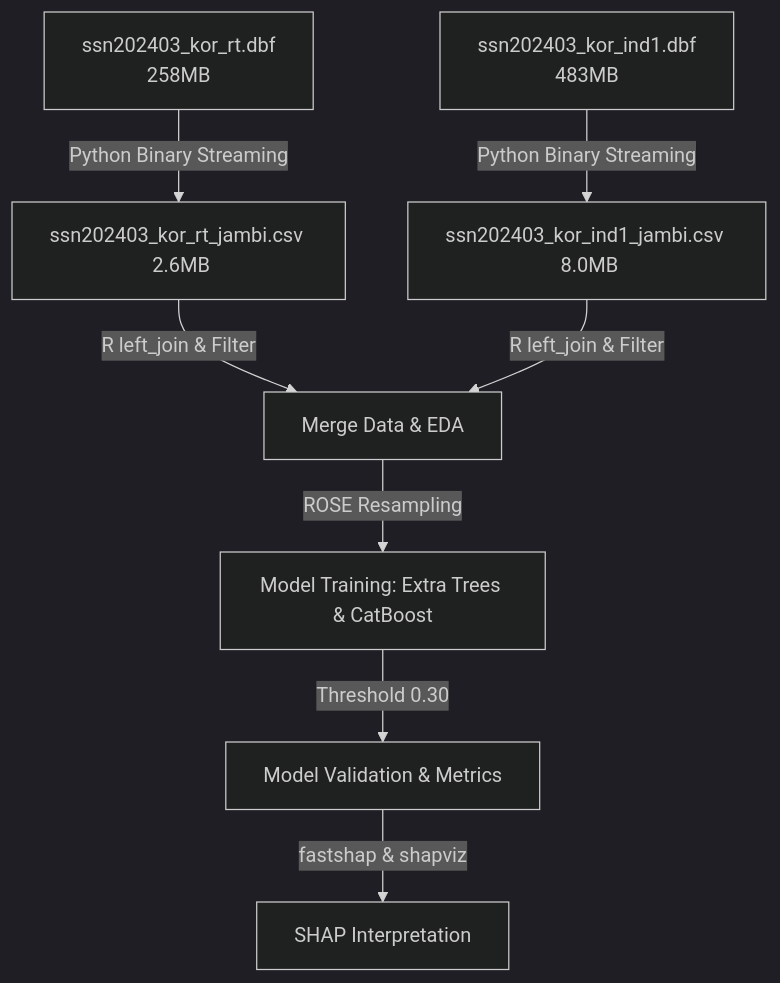
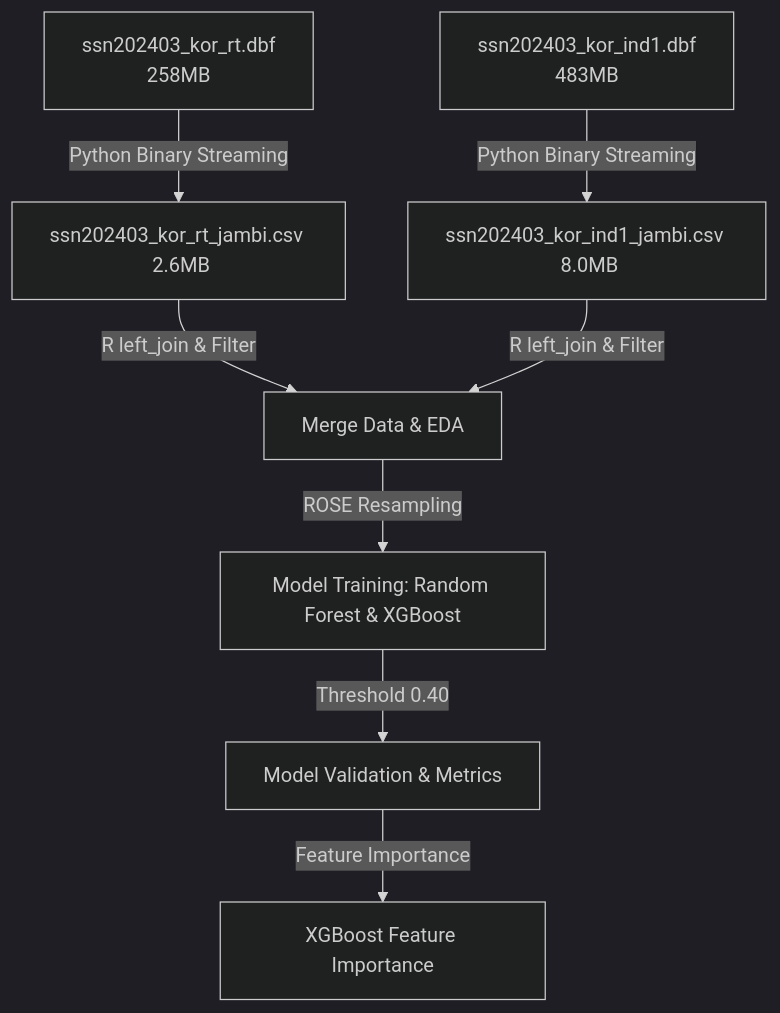
The diagram in readme.md (rizqyn9/r-classification-smoker), drawn with Mermaid (dark theme) before and after one commit. The commit also changed other lines of this file and 5 other files, not shown here.

````diff
--- a/readme.md
+++ b/readme.md
@@ -44,10 +44,10 @@
 ```mermaid
 graph TD
     A[ssn202403_kor_rt.dbf <br> 258MB] -->|Python Binary Streaming| C[ssn202403_kor_rt_jambi.csv <br> 2.6MB]
     B[ssn202403_kor_ind1.dbf <br> 483MB] -->|Python Binary Streaming| D[ssn202403_kor_ind1_jambi.csv <br> 8.0MB]
     C -->|R left_join & Filter| E[Merge Data & EDA]
     D -->|R left_join & Filter| E
-    E -->|ROSE Resampling| F[Model Training: Extra Trees & CatBoost]
-    F -->|Threshold 0.30| G[Model Validation & Metrics]
-    G -->|fastshap & shapviz| H[SHAP Interpretation]
+    E -->|ROSE Resampling| F[Model Training: Random Forest & XGBoost]
+    F -->|Threshold 0.40| G[Model Validation & Metrics]
+    G -->|Feature Importance| H[XGBoost Feature Importance]
 ```
````
